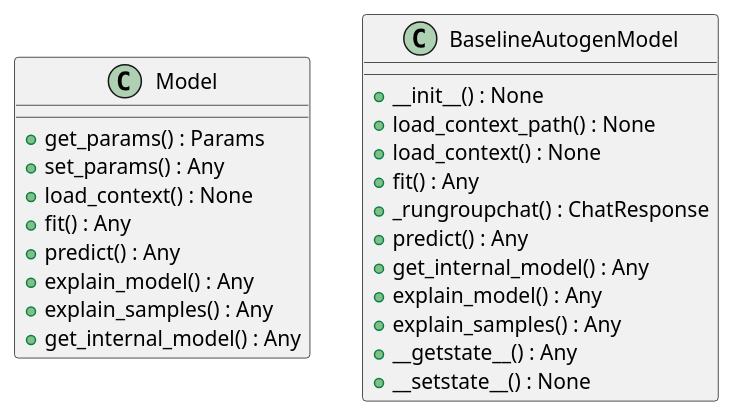
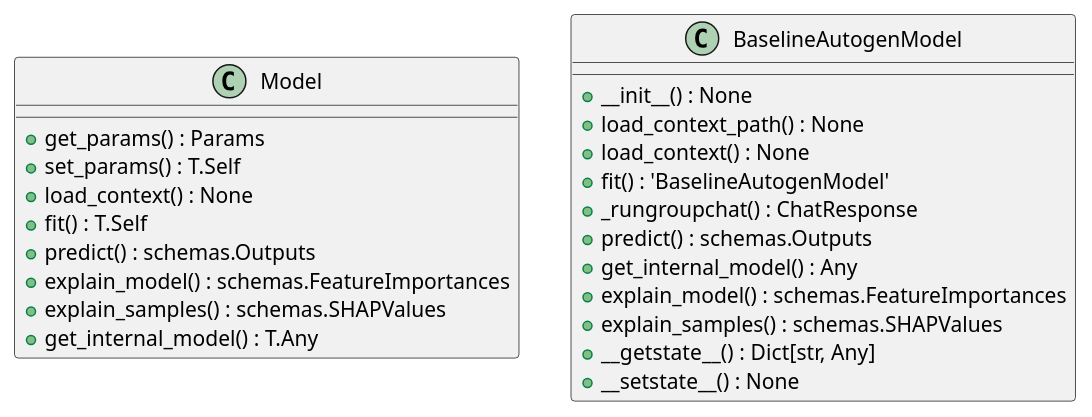
Before and after one commit to lgcorzo/llmops-python-package: the first of 6 diagrams in openwiki/modules/src/autogen_team/models/entities.md, drawn with PlantUML. The commit also changed other lines of this file and 155 other files, not shown here.

````diff
--- a/openwiki/modules/src/autogen_team/models/entities.md
+++ b/openwiki/modules/src/autogen_team/models/entities.md
@@ -69,27 +78,27 @@
 ```plantuml
 @startuml
     class Model {
         +get_params() : Params
-        +set_params() : Any
+        +set_params() : T.Self
         +load_context() : None
-        +fit() : Any
-        +predict() : Any
-        +explain_model() : Any
-        +explain_samples() : Any
-        +get_internal_model() : Any
+        +fit() : T.Self
+        +predict() : schemas.Outputs
+        +explain_model() : schemas.FeatureImportances
+        +explain_samples() : schemas.SHAPValues
+        +get_internal_model() : T.Any
     }
     class BaselineAutogenModel {
         +__init__() : None
         +load_context_path() : None
         +load_context() : None
-        +fit() : Any
+        +fit() : 'BaselineAutogenModel'
         +_rungroupchat() : ChatResponse
-        +predict() : Any
+        +predict() : schemas.Outputs
         +get_internal_model() : Any
-        +explain_model() : Any
-        +explain_samples() : Any
-        +__getstate__() : Any
+        +explain_model() : schemas.FeatureImportances
+        +explain_samples() : schemas.SHAPValues
+        +__getstate__() : Dict[str, Any]
         +__setstate__() : None
     }
 @enduml
 ```
````
